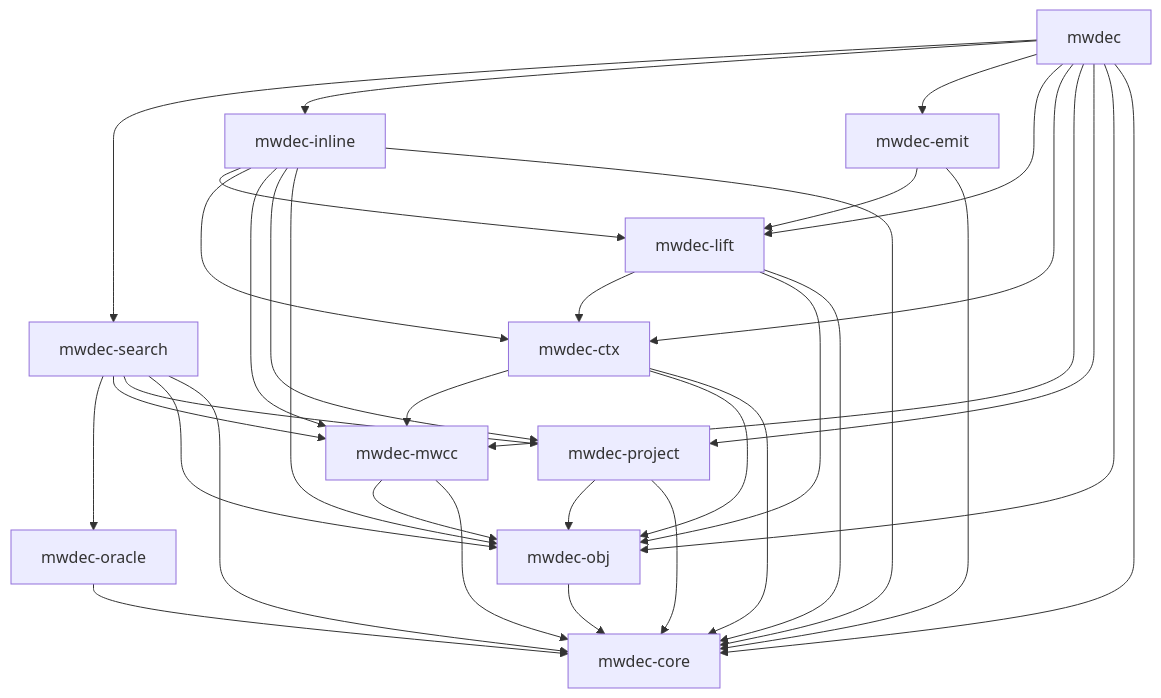
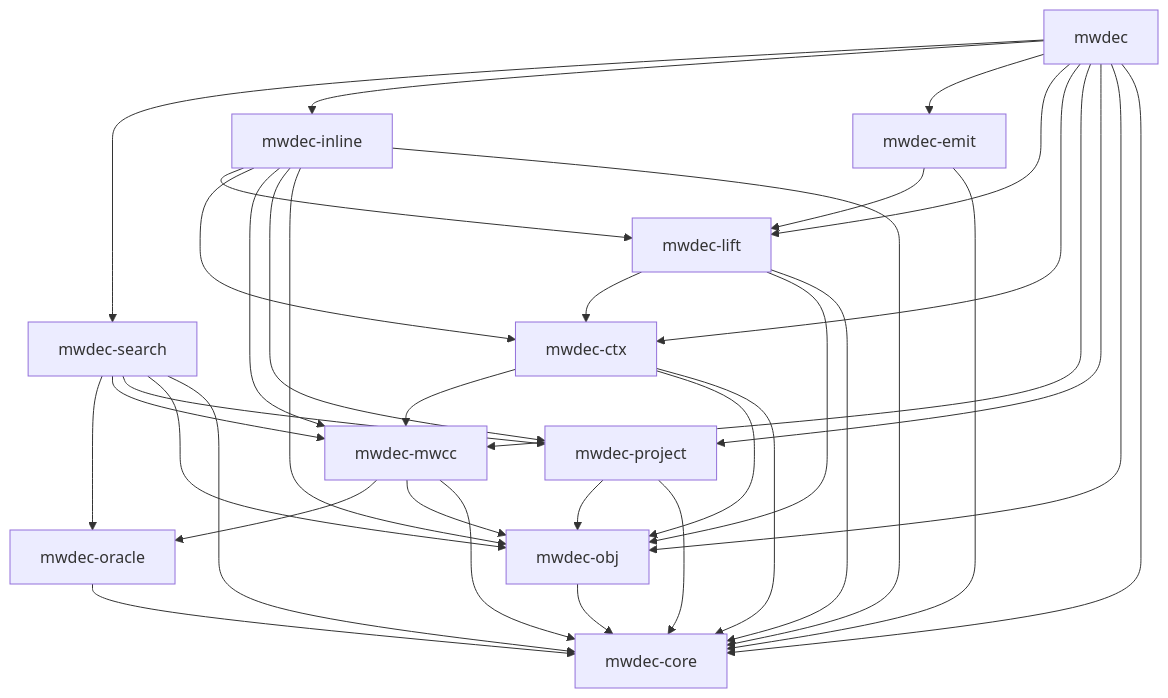
One commit to stephenjayakar/demwcc-echoes changed the diagram in ARCHITECTURE.md. Above: the diagram before and after it, drawn with Mermaid. The commit also changed other lines of this file and 45 other files, not shown here.

````diff
--- a/ARCHITECTURE.md
+++ b/ARCHITECTURE.md
@@ -82,14 +85,14 @@
 ```mermaid
 graph TD
   mwdec --> search & inline & emit & lift & ctx & mwcc & project & obj & core
   search[mwdec-search] --> oracle & mwcc & project & obj & core
   inline[mwdec-inline] --> lift & ctx & mwcc & project & obj & core
   emit[mwdec-emit] --> lift & core
   lift[mwdec-lift] --> ctx & obj & core
   ctx[mwdec-ctx] --> mwcc & obj & core
-  mwcc[mwdec-mwcc] --> obj & core
+  mwcc[mwdec-mwcc] --> oracle & obj & core
   project[mwdec-project] --> obj & core
   obj[mwdec-obj] --> core
   oracle[mwdec-oracle] --> core
   core[mwdec-core]
 ```
````
